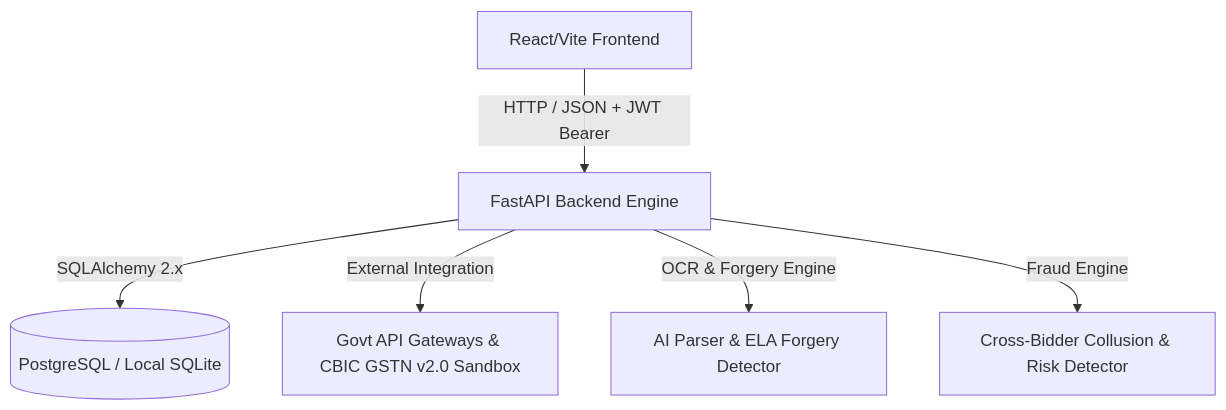
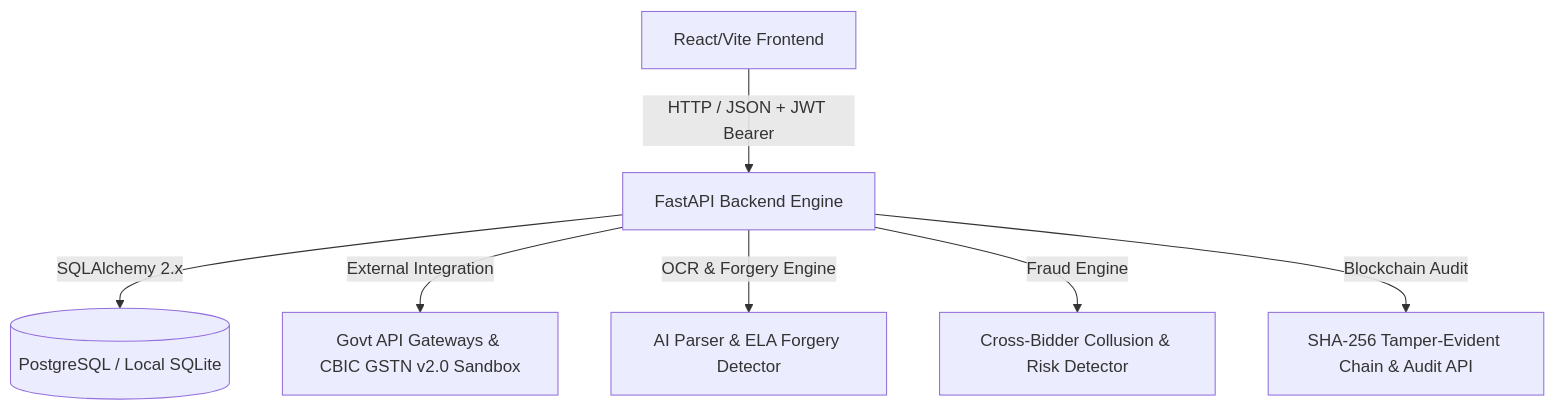
The diagram in brain.md (Yogeshsingh123-LAB/-AI-Powered-Integrated-Bid-Compliance-Verification-Platform-for-GeM-Procurement), drawn with Mermaid before and after one commit. The commit also changed other lines of this file and 11 other files, not shown here.

Commit message:
Update README, brain.md, Docker setup, audit verification API, and scenario docs

````diff
--- a/brain.md
+++ b/brain.md
@@ -14,8 +14,9 @@
 ```mermaid
 graph TD
     A[React/Vite Frontend] -- HTTP / JSON + JWT Bearer --> B[FastAPI Backend Engine]
     B -- SQLAlchemy 2.x --> C[(PostgreSQL / Local SQLite)]
     B -- External Integration --> E[Govt API Gateways & CBIC GSTN v2.0 Sandbox]
     B -- OCR & Forgery Engine --> F[AI Parser & ELA Forgery Detector]
     B -- Fraud Engine --> G[Cross-Bidder Collusion & Risk Detector]
+    B -- Blockchain Audit --> H[SHA-256 Tamper-Evident Chain & Audit API]
 ```
````
